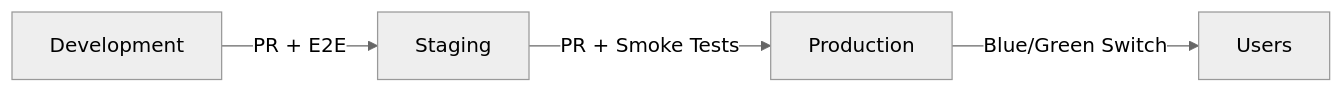
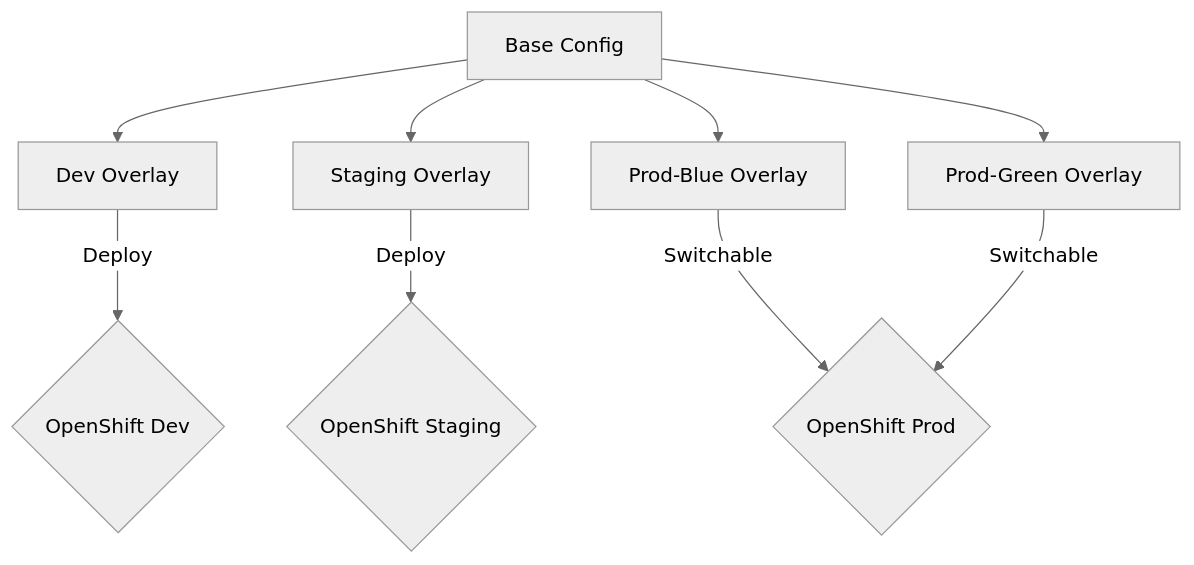
Before and after one commit to ronaldsg20/mdas-ci-practice: the diagram in CI-CD.md, drawn with Mermaid (neutral theme). The commit also changed other lines of this file, not shown here.

````diff
--- a/CI-CD.md
+++ b/CI-CD.md
@@ -9,6 +87,12 @@
 ```mermaid
-graph LR
-    Dev[Development] -->|PR + E2E| Stage[Staging]
-    Stage -->|PR + Smoke Tests| Prod[Production]
-    Prod -->|Blue/Green Switch| Users
+graph TD
+    Base[Base Config] --> Dev[Dev Overlay]
+    Base --> Stage[Staging Overlay]
+    Base --> ProdBlue[Prod-Blue Overlay]
+    Base --> ProdGreen[Prod-Green Overlay]
+
+    Dev -->|Deploy| ClusterDev{OpenShift Dev}
+    Stage -->|Deploy| ClusterStage{OpenShift Staging}
+    ProdBlue -->|Switchable| ClusterProd{OpenShift Prod}
+    ProdGreen -->|Switchable| ClusterProd
 ```
````
